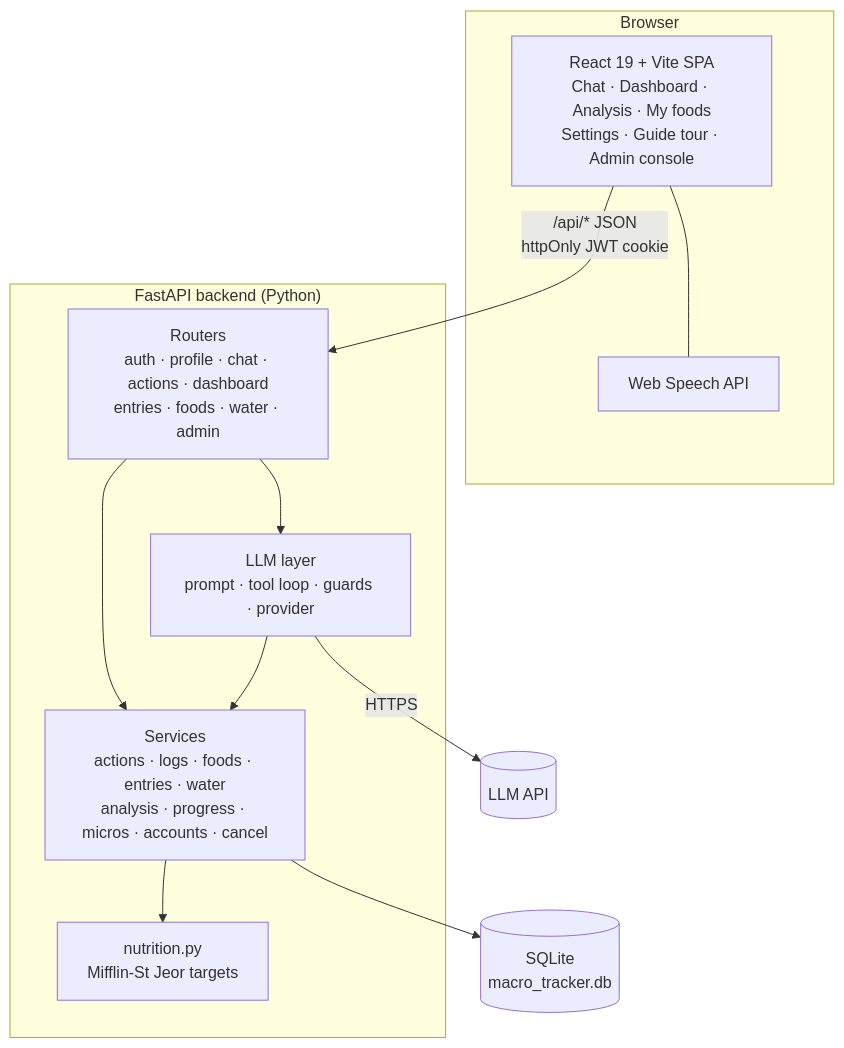
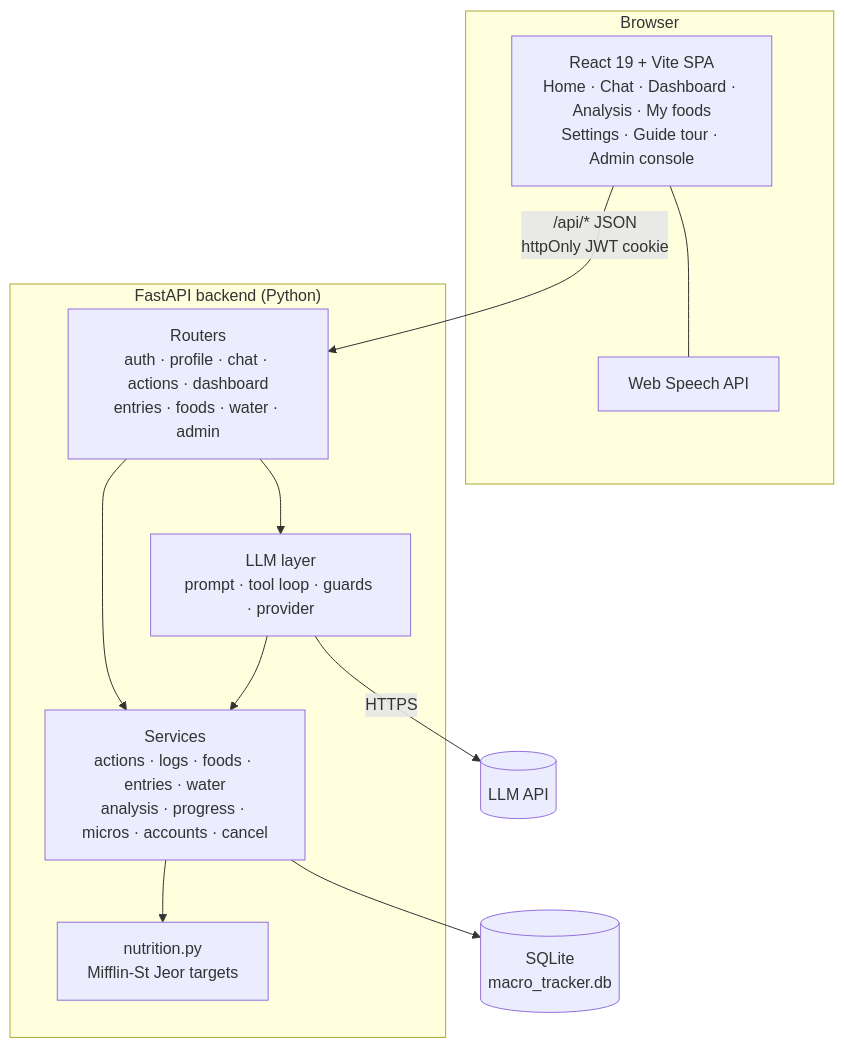
One commit to NeoAnushka21/tracker_poc changed the second of 6 diagrams in docs/hld.md. Above: the diagram before and after it, drawn with Mermaid. The commit also changed other lines of this file and 18 other files, not shown here.

First line of the commit message:
Home tab with greeting, today's summary and streaks; chat without summary bar

````diff
--- a/docs/hld.md
+++ b/docs/hld.md
@@ -36,26 +36,26 @@
 ```mermaid
 flowchart TB
     subgraph Browser
-        SPA[React 19 + Vite SPA<br/>Chat · Dashboard · Analysis · My foods<br/>Settings · Guide tour · Admin console]
+        SPA[React 19 + Vite SPA<br/>Home · Chat · Dashboard · Analysis · My foods<br/>Settings · Guide tour · Admin console]
         STT[Web Speech API]
         SPA --- STT
     end
 
     subgraph Server["FastAPI backend (Python)"]
         R[Routers<br/>auth · profile · chat · actions · dashboard<br/>entries · foods · water · admin]
         L[LLM layer<br/>prompt · tool loop · guards · provider]
         S[Services<br/>actions · logs · foods · entries · water<br/>analysis · progress · micros · accounts · cancel]
         N[nutrition.py<br/>Mifflin-St Jeor targets]
         R --> L
         R --> S
         L --> S
         S --> N
     end
 
     DB[(SQLite<br/>macro_tracker.db)]
     LLM[(LLM API)]
 
     SPA -->|/api/* JSON<br/>httpOnly JWT cookie| R
     S --> DB
     L -->|HTTPS| LLM
 ```
````
